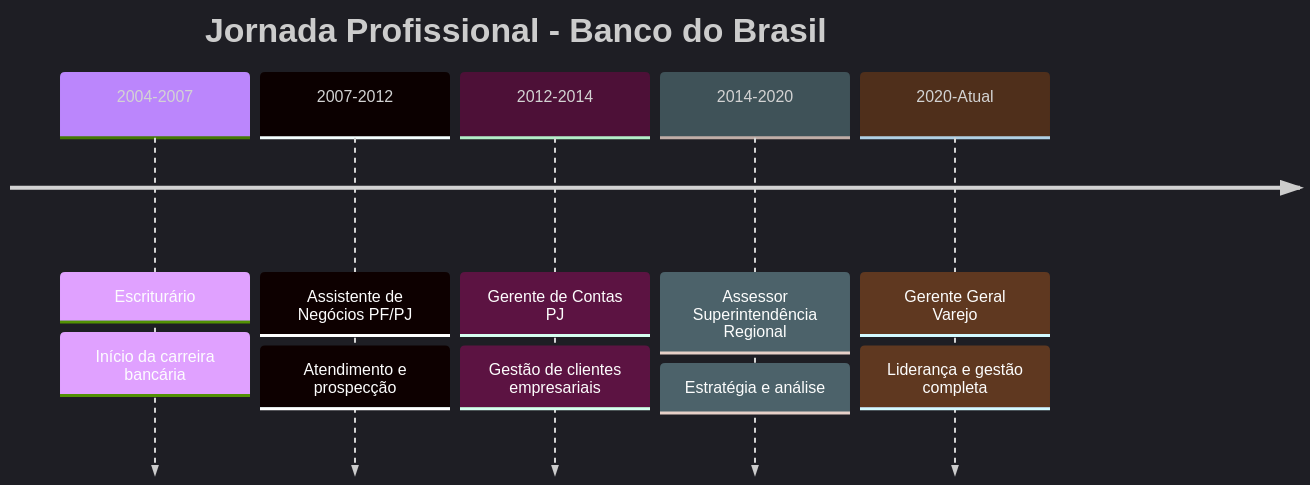
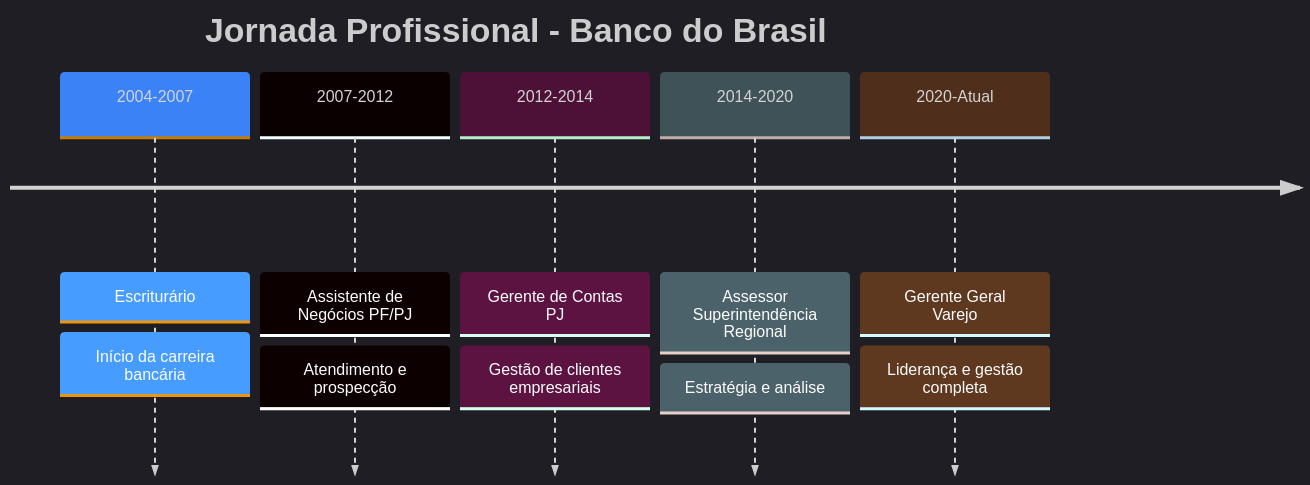
One commit to bettograpiuna/bettograpiuna changed the diagram in README.md. Above: the diagram before and after it, drawn with Mermaid. The commit also changed other lines of this file, not shown here.

````diff
--- a/README.md
+++ b/README.md
@@ -115,15 +115,15 @@
 ```mermaid
-%%{init: {'theme':'dark', 'themeVariables': { 'primaryColor':'#BB86FC','primaryTextColor':'#FFFFFF','primaryBorderColor':'#BB86FC','lineColor':'#CF6679','secondaryColor':'#1a1a2e','tertiaryColor':'#16213e','fontSize':'16px'}}}%%
+%%{init: {'theme':'dark', 'themeVariables': { 'primaryColor':'#3B82F6','primaryTextColor':'#FFFFFF','primaryBorderColor':'#2563EB','lineColor':'#F97316','secondaryColor':'#1e3a8a','tertiaryColor':'#1e40af','fontSize':'16px'}}}%%
 timeline
     title Jornada Profissional - Banco do Brasil
     2004-2007 : Escriturário
               : Início da carreira bancária
     2007-2012 : Assistente de Negócios PF/PJ
               : Atendimento e prospecção
     2012-2014 : Gerente de Contas PJ
               : Gestão de clientes empresariais
     2014-2020 : Assessor Superintendência Regional
               : Estratégia e análise
     2020-Atual : Gerente Geral Varejo
                : Liderança e gestão completa
 ```
````
